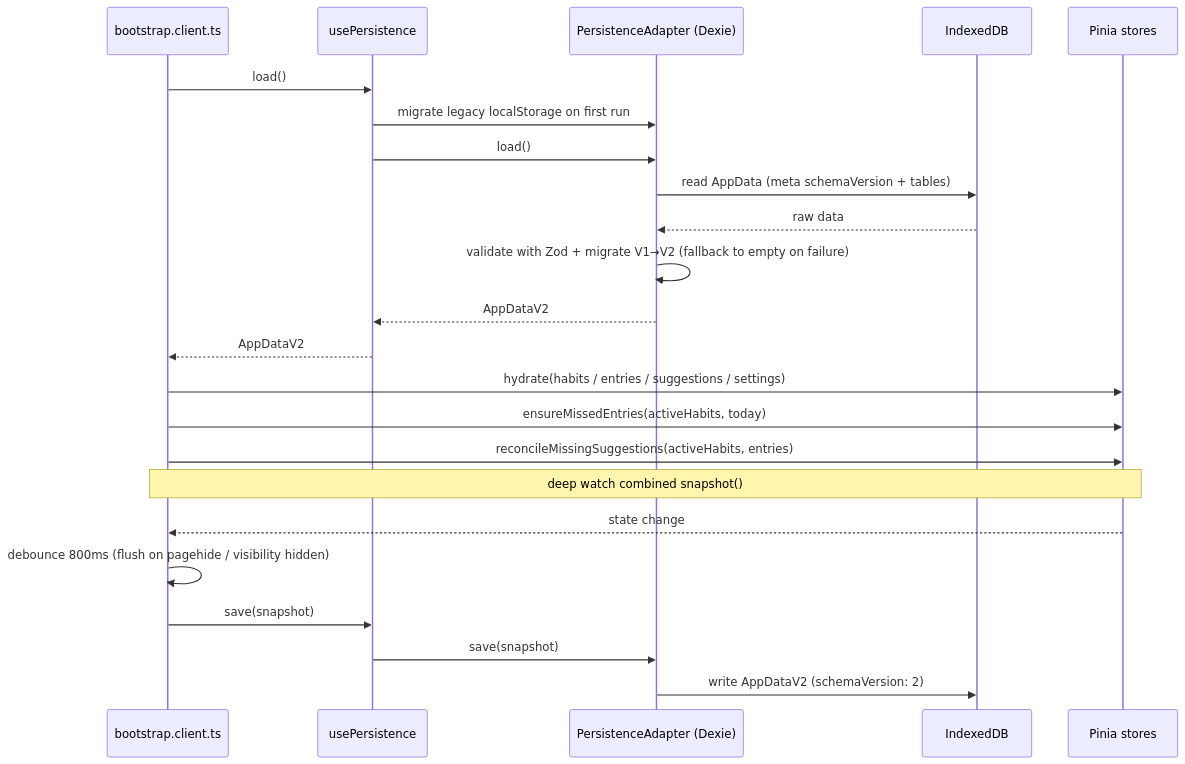
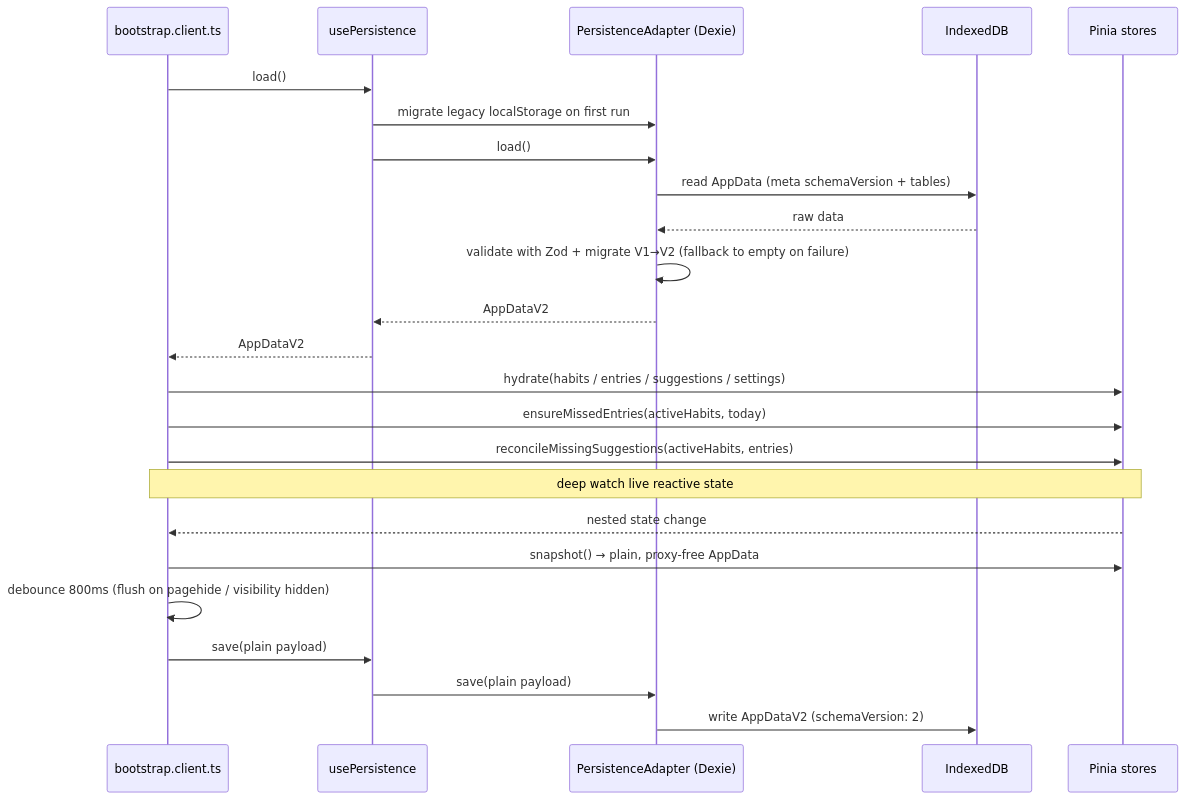
The second of 3 diagrams in docs/architecture.md (dinooo13/habit-tracker), drawn with Mermaid before and after one commit. The commit also changed other lines of this file and 10 other files, not shown here.

First line of the commit message:
Return plain-data snapshots from stores; drop adapter JSON round-trip (#34)

````diff
--- a/docs/architecture.md
+++ b/docs/architecture.md
@@ -61,26 +61,27 @@
 ```mermaid
 sequenceDiagram
   participant Boot as bootstrap.client.ts
   participant P as usePersistence
   participant A as PersistenceAdapter (Dexie)
   participant DB as IndexedDB
   participant S as Pinia stores
 
   Boot->>P: load()
   P->>A: migrate legacy localStorage on first run
   P->>A: load()
   A->>DB: read AppData (meta schemaVersion + tables)
   DB-->>A: raw data
   A->>A: validate with Zod + migrate V1→V2 (fallback to empty on failure)
   A-->>P: AppDataV2
   P-->>Boot: AppDataV2
   Boot->>S: hydrate(habits / entries / suggestions / settings)
   Boot->>S: ensureMissedEntries(activeHabits, today)
   Boot->>S: reconcileMissingSuggestions(activeHabits, entries)
-  Note over Boot,S: deep watch combined snapshot()
-  S-->>Boot: state change
+  Note over Boot,S: deep watch live reactive state
+  S-->>Boot: nested state change
+  Boot->>S: snapshot() → plain, proxy-free AppData
   Boot->>Boot: debounce 800ms (flush on pagehide / visibility hidden)
-  Boot->>P: save(snapshot)
-  P->>A: save(snapshot)
+  Boot->>P: save(plain payload)
+  P->>A: save(plain payload)
   A->>DB: write AppDataV2 (schemaVersion: 2)
 ```
````
